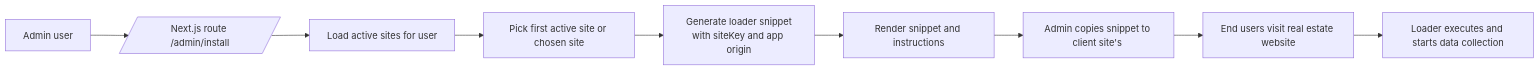
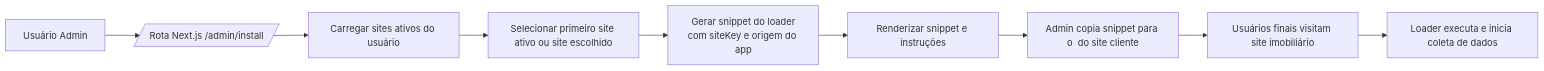
Before and after one commit to matheuscastroks/projeto-tfc: the fifth of 5 diagrams in ESPECIFICACOES.md, drawn with Mermaid. The commit also changed other lines of this file and 4 other files, not shown here.

````diff
--- a/ESPECIFICACOES.md
+++ b/ESPECIFICACOES.md
@@ -350,12 +350,12 @@
 ```mermaid
 flowchart LR
-  AdminUser[Admin user] --> AdminInstall[/Next.js route /admin/install/]
-  AdminInstall --> LoadSites[Load active sites for user]
-  LoadSites --> SelectSite[Pick first active site or chosen site]
-  SelectSite --> GenerateSnippet[Generate loader snippet\nwith siteKey and app origin]
-  GenerateSnippet --> ShowSnippet[Render snippet and instructions]
+  AdminUser[Usuário Admin] --> AdminInstall[/Rota Next.js /admin/install/]
+  AdminInstall --> LoadSites[Carregar sites ativos do usuário]
+  LoadSites --> SelectSite[Selecionar primeiro site ativo ou site escolhido]
+  SelectSite --> GenerateSnippet[Gerar snippet do loader\ncom siteKey e origem do app]
+  GenerateSnippet --> ShowSnippet[Renderizar snippet e instruções]
 
-  ShowSnippet --> CopyPaste[Admin copies snippet to client site's <head>]
-  CopyPaste --> ClientTraffic[End users visit real estate website]
-  ClientTraffic --> LoaderExec[Loader executes and starts data collection]
+  ShowSnippet --> CopyPaste[Admin copia snippet para o <head> do site cliente]
+  CopyPaste --> ClientTraffic[Usuários finais visitam site imobiliário]
+  ClientTraffic --> LoaderExec[Loader executa e inicia coleta de dados]
 ```
````
